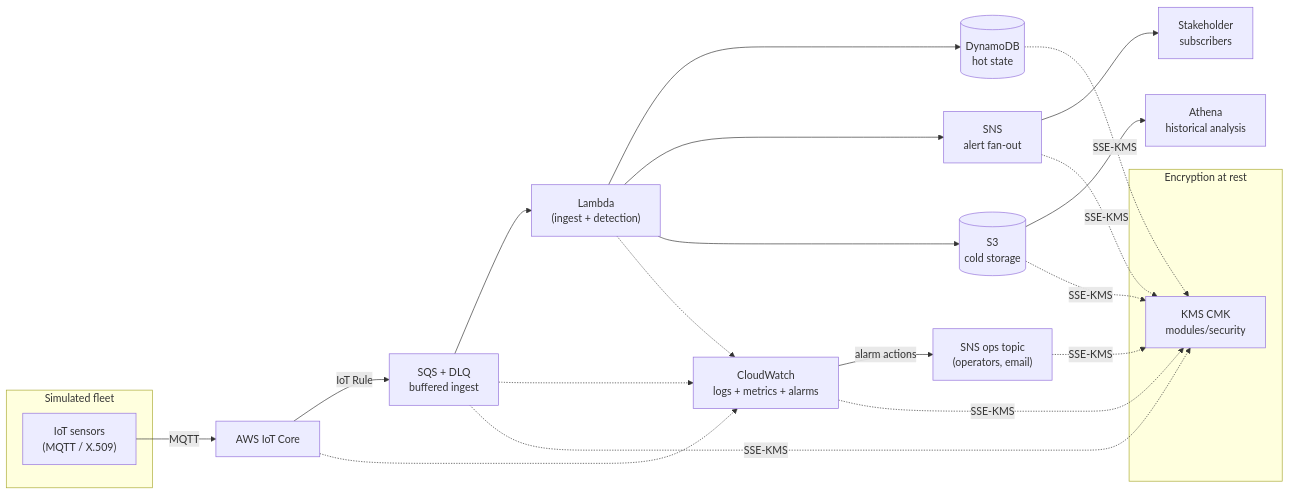
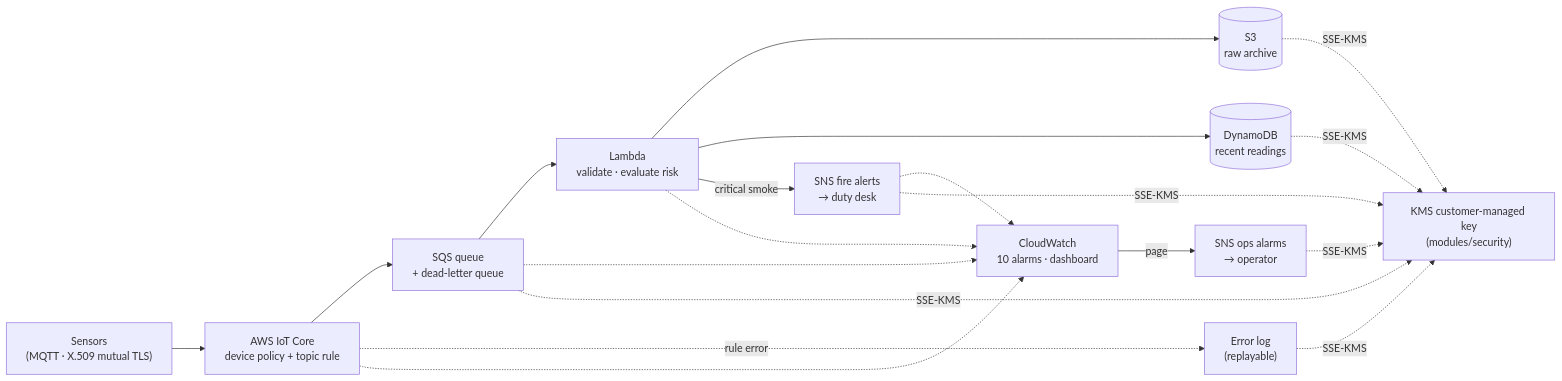
Before and after one commit to jssutachan/pyrosense-infrastructure: the diagram in README.md, drawn with Mermaid. The commit also changed other lines of this file and 38 other files, not shown here.

````diff
--- a/README.md
+++ b/README.md
@@ -49,32 +49,13 @@
 ```mermaid
 flowchart LR
-    subgraph Edge["Simulated fleet"]
-        S["IoT sensors<br/>(MQTT / X.509)"]
-    end
-
-    S -->|MQTT| IOT["AWS IoT Core"]
-    IOT -->|IoT Rule| SQS["SQS + DLQ<br/>buffered ingest"]
-    SQS --> L["Lambda<br/>(ingest + detection)"]
-    L --> DDB[("DynamoDB<br/>hot state")]
-    L --> SNS["SNS<br/>alert fan-out"]
-    SNS --> SUB["Stakeholder<br/>subscribers"]
-    L --> S3[("S3<br/>cold storage")]
-    S3 --> ATH["Athena<br/>historical analysis"]
-
-    CW["CloudWatch<br/>logs + metrics + alarms"]
-    L -.-> CW
-    IOT -.-> CW
-    SQS -.-> CW
-    CW -->|alarm actions| OPS["SNS ops topic<br/>(operators, email)"]
-
-    subgraph Crypto["Encryption at rest"]
-        KMS["KMS CMK<br/>modules/security"]
-    end
-
-    SQS -.->|SSE-KMS| KMS
-    DDB -.->|SSE-KMS| KMS
-    SNS -.->|SSE-KMS| KMS
-    S3 -.->|SSE-KMS| KMS
-    CW -.->|SSE-KMS| KMS
-    OPS -.->|SSE-KMS| KMS
+    S["Sensors<br/>(MQTT · X.509 mutual TLS)"] --> IOT["AWS IoT Core<br/>device policy + topic rule"]
+    IOT --> Q["SQS queue<br/>+ dead-letter queue"]
+    IOT -. "rule error" .-> ERR["Error log<br/>(replayable)"]
+    Q --> L["Lambda<br/>validate · evaluate risk"]
+    L --> S3[("S3<br/>raw archive")]
+    L --> DDB[("DynamoDB<br/>recent readings")]
+    L -->|"critical smoke"| FIRE["SNS fire alerts<br/>→ duty desk"]
+    CW["CloudWatch<br/>10 alarms · dashboard"] -->|"page"| OPS["SNS ops alarms<br/>→ operator"]
+    IOT & Q & L & FIRE -.-> CW
+    Q & S3 & DDB & FIRE & OPS & ERR -. "SSE-KMS" .-> KMS["KMS customer-managed key<br/>(modules/security)"]
 ```
````
